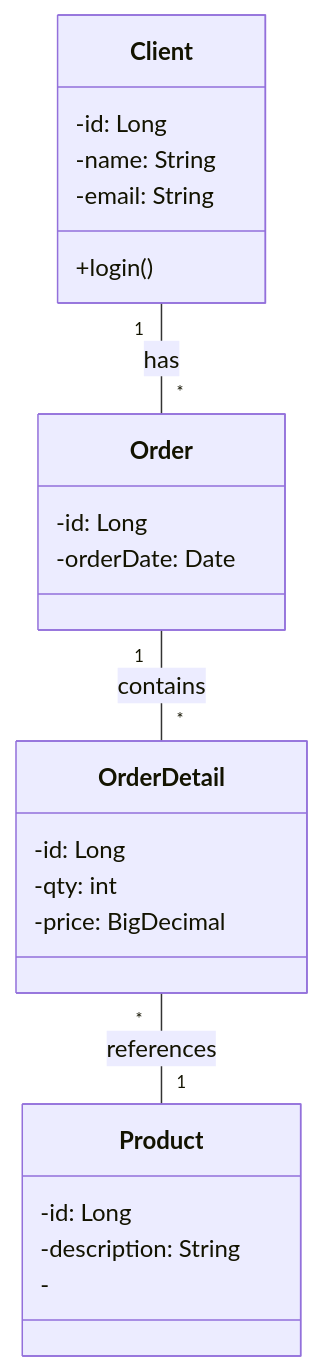
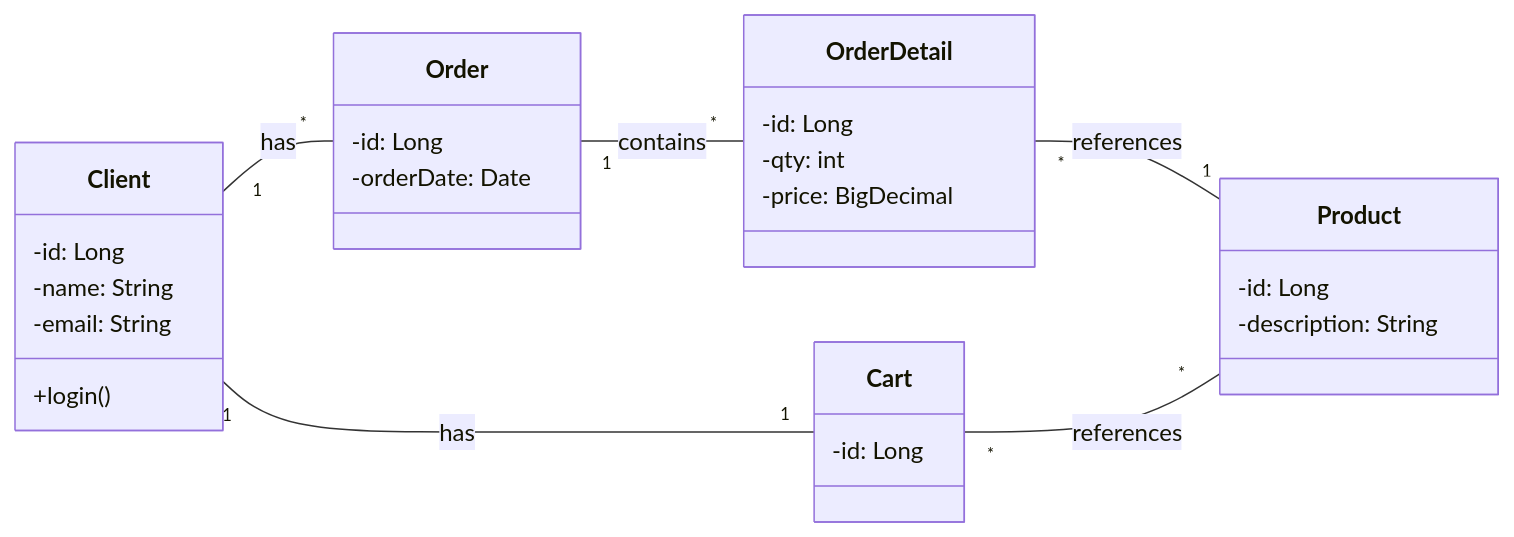
The diagram in diagramFR.md (cegep-Andre-Laurendeau1/exercicePreparationTp2), drawn with Mermaid before and after one commit. The commit also changed 10 other files, not shown here.

````diff
--- a/diagramFR.md
+++ b/diagramFR.md
@@ -1,35 +1,40 @@
 ```mermaid
-
 classDiagram
+direction LR
     class Client {
         -id: Long
         -name: String
         -email: String
         
         +login()
     }
 
     class Order {
         -id: Long
         -orderDate: Date
         
     }
 
     class OrderDetail {
         -id: Long
         -qty: int
         -price: BigDecimal
     }
 
     class Product {
         -id: Long
         -description: String
-        -
+    }
+    
+    class Cart {
+        -id: Long
     }
 
 
     Client "1" -- "*" Order : has
     Order "1" -- "*" OrderDetail : contains
     OrderDetail "*" -- "1" Product : references
-    
+    Client "1" -- "1" Cart : has
+    Cart "*" -- "*" Product : references
+     
 ```
````
